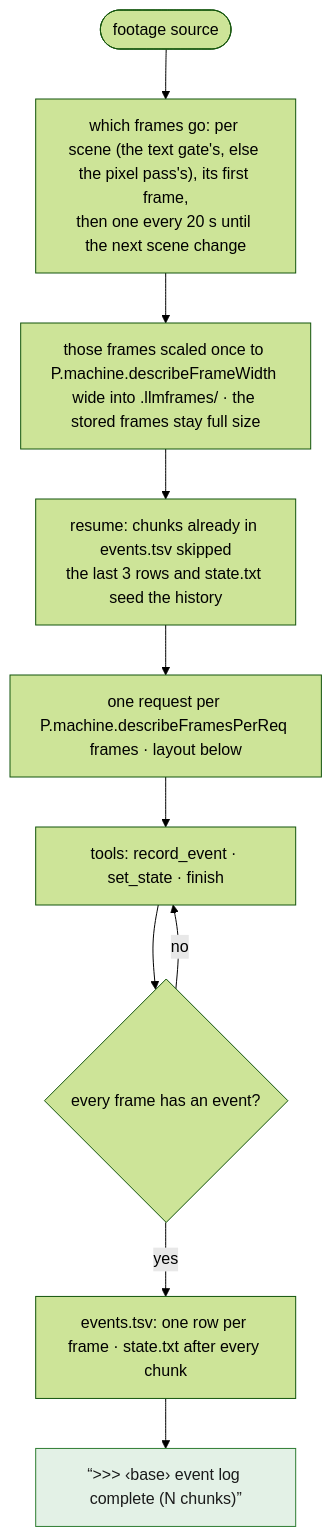
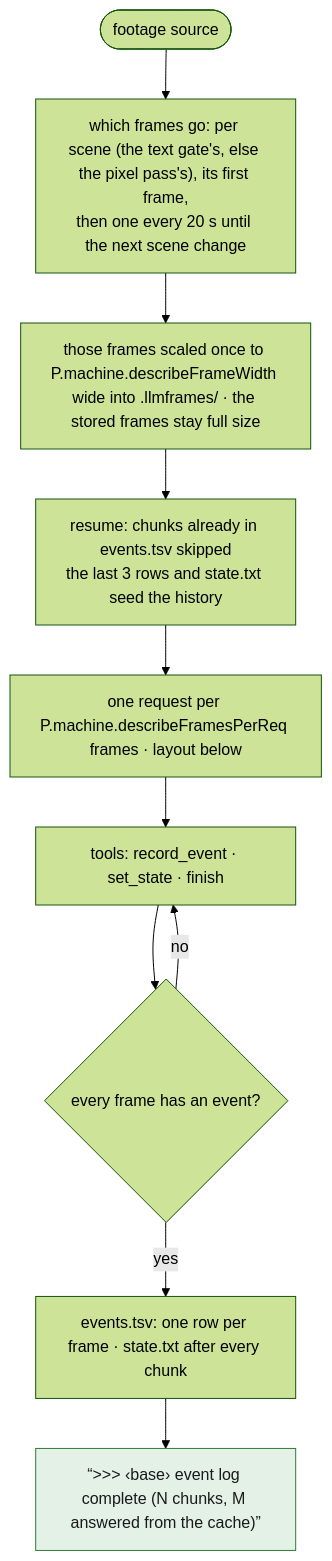
The seventh of 12 diagrams in spec/04-prepare.md (tbocek/naivepost), drawn with Mermaid (forest theme) before and after one commit. The commit also changed other lines of this file and 21 other files, not shown here.

````diff
--- a/spec/04-prepare.md
+++ b/spec/04-prepare.md
@@ -203,15 +203,15 @@
 ```mermaid
 flowchart TD
   A(["footage source"]) --> PICK["which frames go: per scene (the text gate's, else the pixel pass's), its first frame,<br/>then one every 20 s until the next scene change"]
   PICK --> SC["those frames scaled once to P.machine.describeFrameWidth wide into .llmframes/ · the stored frames stay full size"]
   SC --> RES["resume: chunks already in events.tsv skipped<br/>the last 3 rows and state.txt seed the history"]
   RES --> REQ["one request per P.machine.describeFramesPerReq frames · layout below"]
   REQ --> T["tools: record_event · set_state · finish"]
   T --> F{"every frame has an event?"}
   F -- no --> T
   F -- yes --> W["events.tsv: one row per frame · state.txt after every chunk"]
-  W --> DONE["“>>> ‹base› event log complete (N chunks)”"]:::done
+  W --> DONE["“>>> ‹base› event log complete (N chunks, M answered from the cache)”"]:::done
   classDef refuse fill:#fde2e1,stroke:#c01c28,color:#1a1a1a
   classDef done fill:#e3f1e6,stroke:#2e7d32,color:#1a1a1a
   classDef ask fill:#e8eefc,stroke:#3a63c8,color:#1a1a1a
 ```
````
